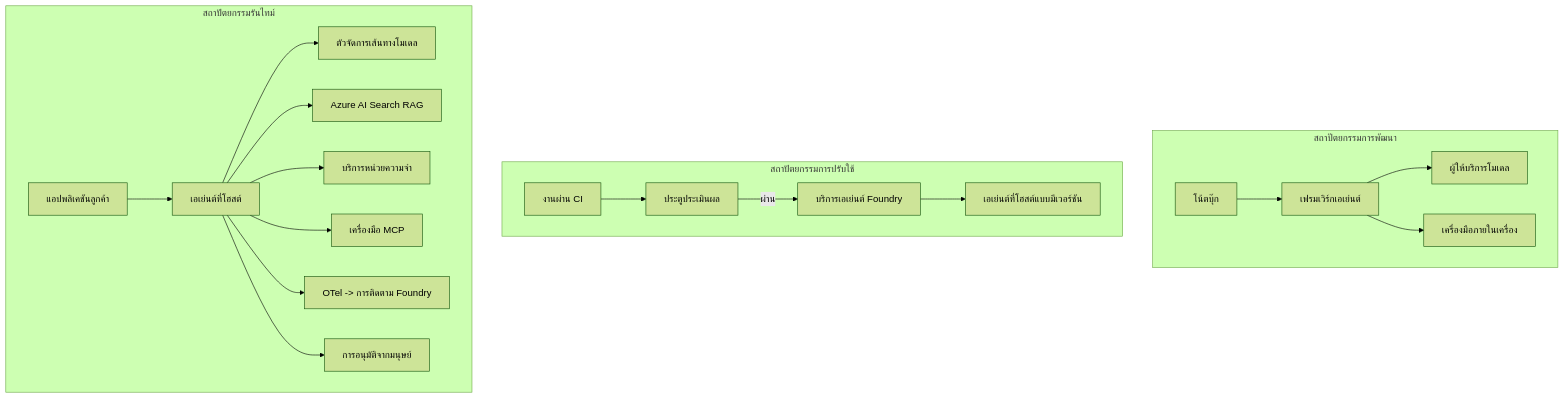
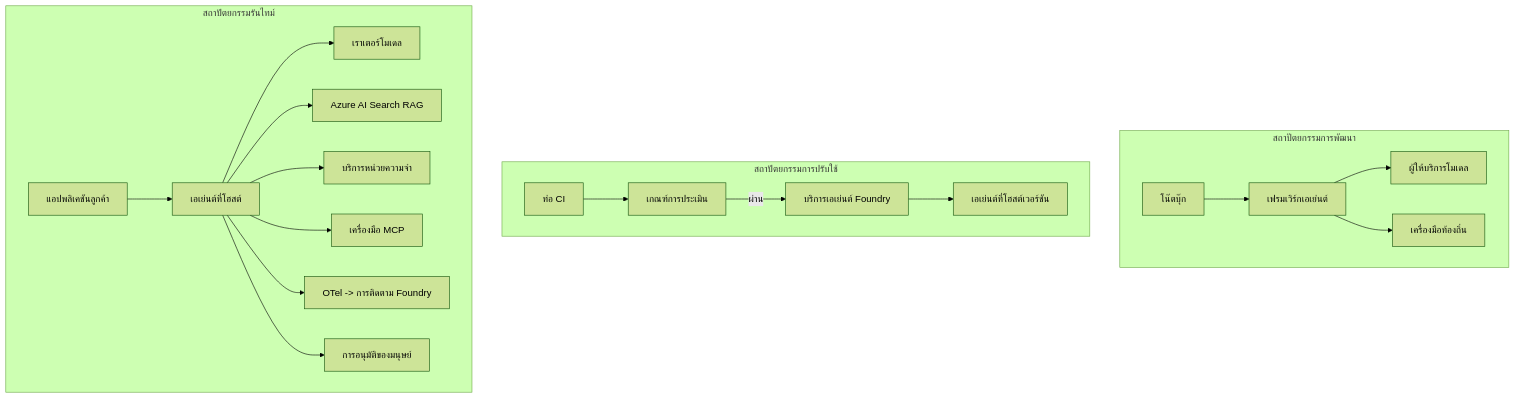
Before and after one commit to microsoft/ai-agents-for-beginners: the fourth of 4 diagrams in translations/th/16-deploying-scalable-agents/README.md, drawn with Mermaid (forest theme). The commit also changed other lines of this file and 46 other files, not shown here.

````diff
--- a/translations/th/16-deploying-scalable-agents/README.md
+++ b/translations/th/16-deploying-scalable-agents/README.md
@@ -185,22 +185,22 @@
 ```mermaid
 flowchart TB
     subgraph Dev[สถาปัตยกรรมการพัฒนา]
-        D1[โน้ตบุ๊ก] --> D2[เฟรมเวิร์กเอเย่นต์]
+        D1[โน๊ตบุ๊ก] --> D2[เฟรมเวิร์กเอเย่นต์]
         D2 --> D3[ผู้ให้บริการโมเดล]
-        D2 --> D4[เครื่องมือภายในเครื่อง]
+        D2 --> D4[เครื่องมือท้องถิ่น]
     end
     subgraph Deploy[สถาปัตยกรรมการปรับใช้]
-        E1[งานผ่าน CI] --> E2[ประตูประเมินผล]
+        E1[ท่อ CI] --> E2[เกณฑ์การประเมิน]
         E2 -->|ผ่าน| E3[บริการเอเย่นต์ Foundry]
-        E3 --> E4[เอเย่นต์ที่โฮสต์แบบมีเวอร์ชัน]
+        E3 --> E4[เอเย่นต์ที่โฮสต์เวอร์ชัน]
     end
     subgraph Run[สถาปัตยกรรมรันไทม์]
         F1[แอปพลิเคชันลูกค้า] --> F2[เอเย่นต์ที่โฮสต์]
-        F2 --> F3[ตัวจัดการเส้นทางโมเดล]
+        F2 --> F3[เราเตอร์โมเดล]
         F2 --> F4[Azure AI Search RAG]
         F2 --> F5[บริการหน่วยความจำ]
         F2 --> F6[เครื่องมือ MCP]
         F2 --> F7[OTel -> การติดตาม Foundry]
-        F2 --> F8[การอนุมัติจากมนุษย์]
+        F2 --> F8[การอนุมัติของมนุษย์]
     end
 ```
````
